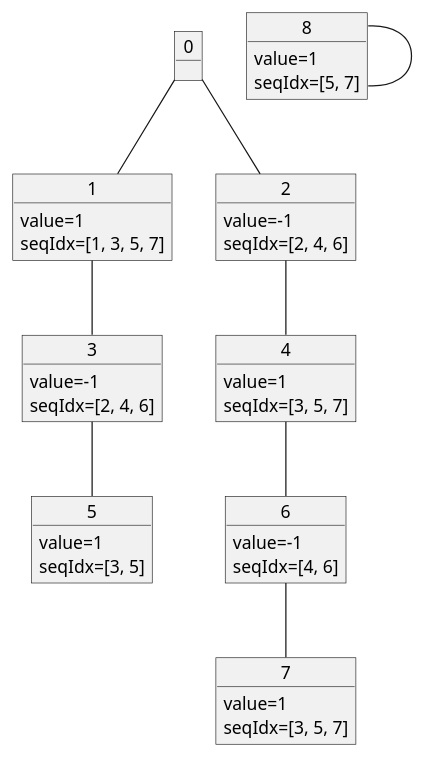
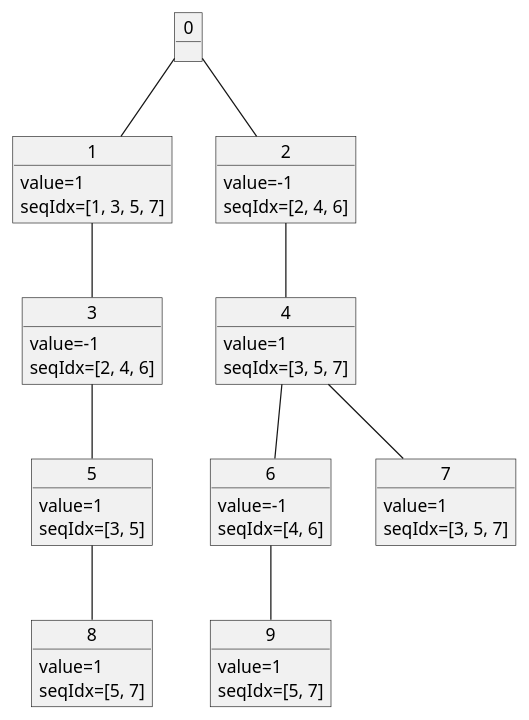
The diagram in tree.puml (ttekesuke/MelodyToLOUDS-Trie), drawn with PlantUML before and after one commit. The commit also changed 1 other file, not shown here.

```diff
--- a/tree.puml
+++ b/tree.puml
@@ -2,35 +2,39 @@
 @startuml tree_diagram
 object 0
 object 1
 1 : value=1
 1 : seqIdx=[1, 3, 5, 7]
 object 2
 2 : value=-1
 2 : seqIdx=[2, 4, 6]
 object 3
 3 : value=-1
 3 : seqIdx=[2, 4, 6]
 object 4
 4 : value=1
 4 : seqIdx=[3, 5, 7]
 object 5
 5 : value=1
 5 : seqIdx=[3, 5]
 object 6
 6 : value=-1
 6 : seqIdx=[4, 6]
 object 7
 7 : value=1
 7 : seqIdx=[3, 5, 7]
 object 8
 8 : value=1
 8 : seqIdx=[5, 7]
+object 9
+9 : value=1
+9 : seqIdx=[5, 7]
 0--1
 0--2
 1--3
 2--4
 3--5
 4--6
-6--7
-8--8
+4--7
+5--8
+6--9
 @enduml
```
